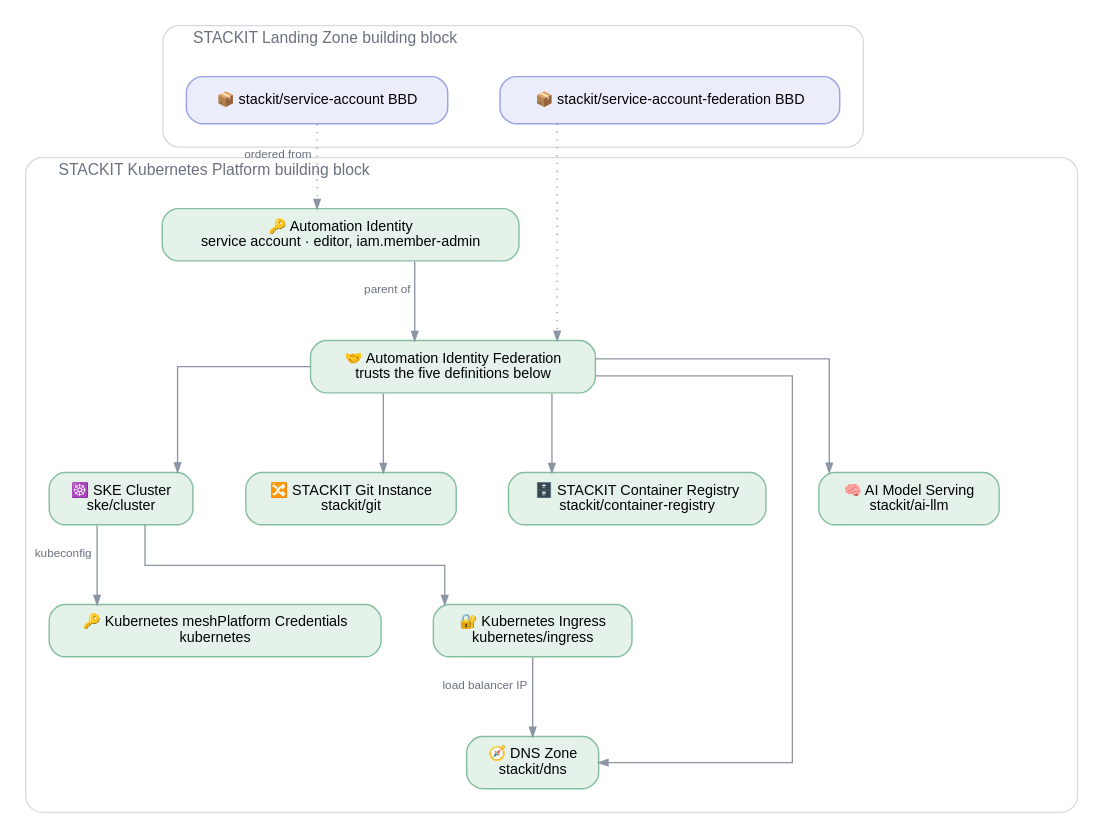
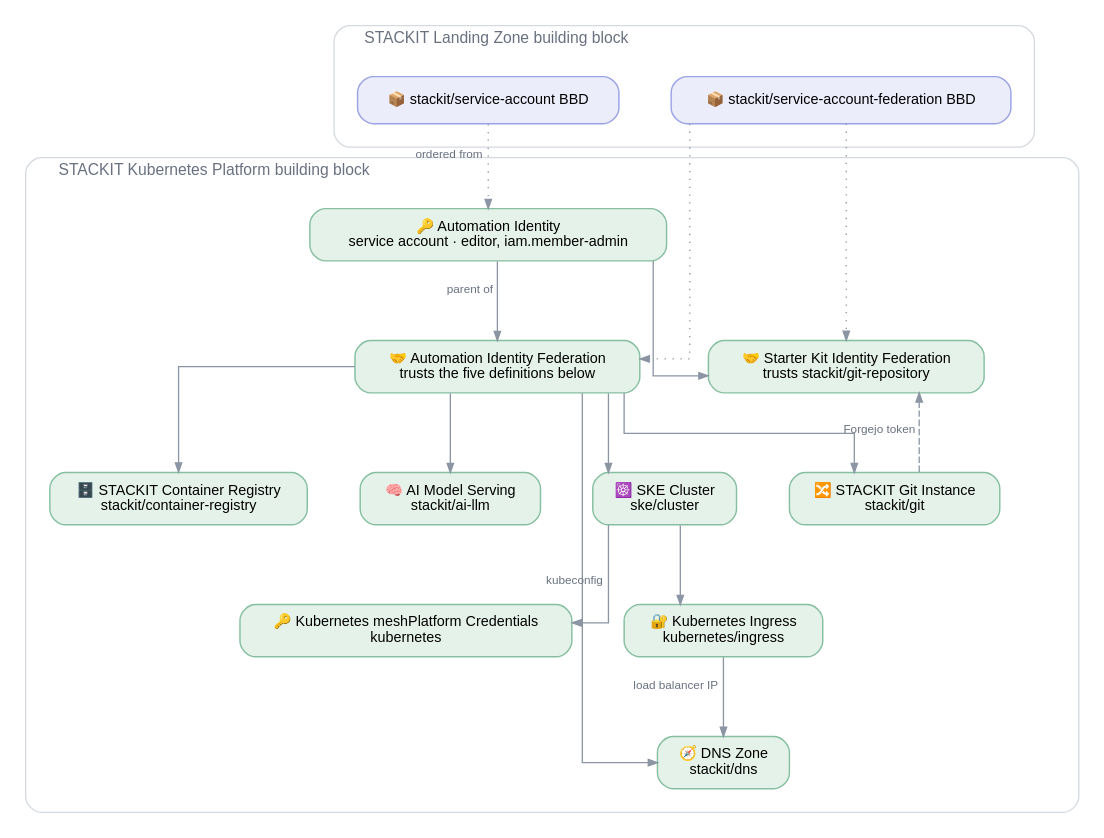
The diagram in reference-architectures/stackit-kubernetes/stackit-kubernetes-building-blocks.dot (meshcloud/meshstack-hub), drawn with Graphviz before and after one commit. The commit also changed 3 other files, not shown here.

First line of the commit message:
feat(ref-arch/stackit-kubernetes): federate the starter kit's definitions

```diff
--- a/reference-architectures/stackit-kubernetes/stackit-kubernetes-building-blocks.dot
+++ b/reference-architectures/stackit-kubernetes/stackit-kubernetes-building-blocks.dot
@@ -1,63 +1,67 @@
 /*
  * Building block tree of the STACKIT Kubernetes Platform building block.
  * Conventions: .agents/references/diagrams.md — render with: task diagrams
  */
 digraph stackit_kubernetes_building_blocks {
   rankdir=TB
   splines=ortho
   forcelabels=true
   bgcolor="white"
   nodesep=0.55
   ranksep=0.85
 
   node [shape=box style="rounded,filled" fontname="Helvetica" fontsize=11
         fillcolor="#ffffff" color="#a2abb8" penwidth=1.1 margin="0.20,0.11"]
   edge [fontname="Helvetica" fontsize=9 fontcolor="#697180" color="#8b95a3" arrowsize=0.7]
 
   subgraph cluster_lz {
     label="  STACKIT Landing Zone building block"
     labeljust=l
     fontname="Helvetica" fontsize=12 fontcolor="#697180"
     style="rounded" color="#d5dae0"
     margin=18
 
     BBD_SA  [label="📦 stackit/service-account BBD" fillcolor="#ecedfb" color="#9aa2e6"]
     BBD_FED [label="📦 stackit/service-account-federation BBD" fillcolor="#ecedfb" color="#9aa2e6"]
 
     { rank=same; BBD_SA -> BBD_FED [style=invis] }
   }
 
   subgraph cluster_platform {
     label="  STACKIT Kubernetes Platform building block"
     labeljust=l
     fontname="Helvetica" fontsize=12 fontcolor="#697180"
     style="rounded" color="#d5dae0"
     margin=18
 
     SA      [label="🔑 Automation Identity\nservice account · editor, iam.member-admin" fillcolor="#e5f2ea" color="#85bfa0"]
     FED     [label="🤝 Automation Identity Federation\ntrusts the five definitions below" fillcolor="#e5f2ea" color="#85bfa0"]
+    SKFED   [label="🤝 Starter Kit Identity Federation\ntrusts stackit/git-repository" fillcolor="#e5f2ea" color="#85bfa0"]
     CLUSTER [label="☸️ SKE Cluster\nske/cluster" fillcolor="#e5f2ea" color="#85bfa0"]
     GIT     [label="🔀 STACKIT Git Instance\nstackit/git" fillcolor="#e5f2ea" color="#85bfa0"]
     REG     [label="🗄️ STACKIT Container Registry\nstackit/container-registry" fillcolor="#e5f2ea" color="#85bfa0"]
     AI      [label="🧠 AI Model Serving\nstackit/ai-llm" fillcolor="#e5f2ea" color="#85bfa0"]
     CREDS   [label="🔑 Kubernetes meshPlatform Credentials\nkubernetes" fillcolor="#e5f2ea" color="#85bfa0"]
     ING     [label="🔐 Kubernetes Ingress\nkubernetes/ingress" fillcolor="#e5f2ea" color="#85bfa0"]
     DNS     [label="🧭 DNS Zone\nstackit/dns" fillcolor="#e5f2ea" color="#85bfa0"]
 
     { rank=same; CLUSTER -> GIT -> REG -> AI [style=invis] }
     { rank=same; CREDS -> ING [style=invis] }
 
     SA      -> FED     [xlabel="parent of"]
+    SA      -> SKFED
+    GIT     -> SKFED   [xlabel="Forgejo token" style=dashed constraint=false]
     FED     -> CLUSTER
     FED     -> GIT
     FED     -> REG
     FED     -> AI
     CLUSTER -> CREDS   [xlabel="kubeconfig"]
     CLUSTER -> ING
     ING     -> DNS     [xlabel="load balancer IP"]
     FED     -> DNS     [constraint=false]
   }
 
   BBD_SA  -> SA  [xlabel="ordered from" style=dotted]
   BBD_FED -> FED [style=dotted]
+  BBD_FED -> SKFED [style=dotted]
 }
```
